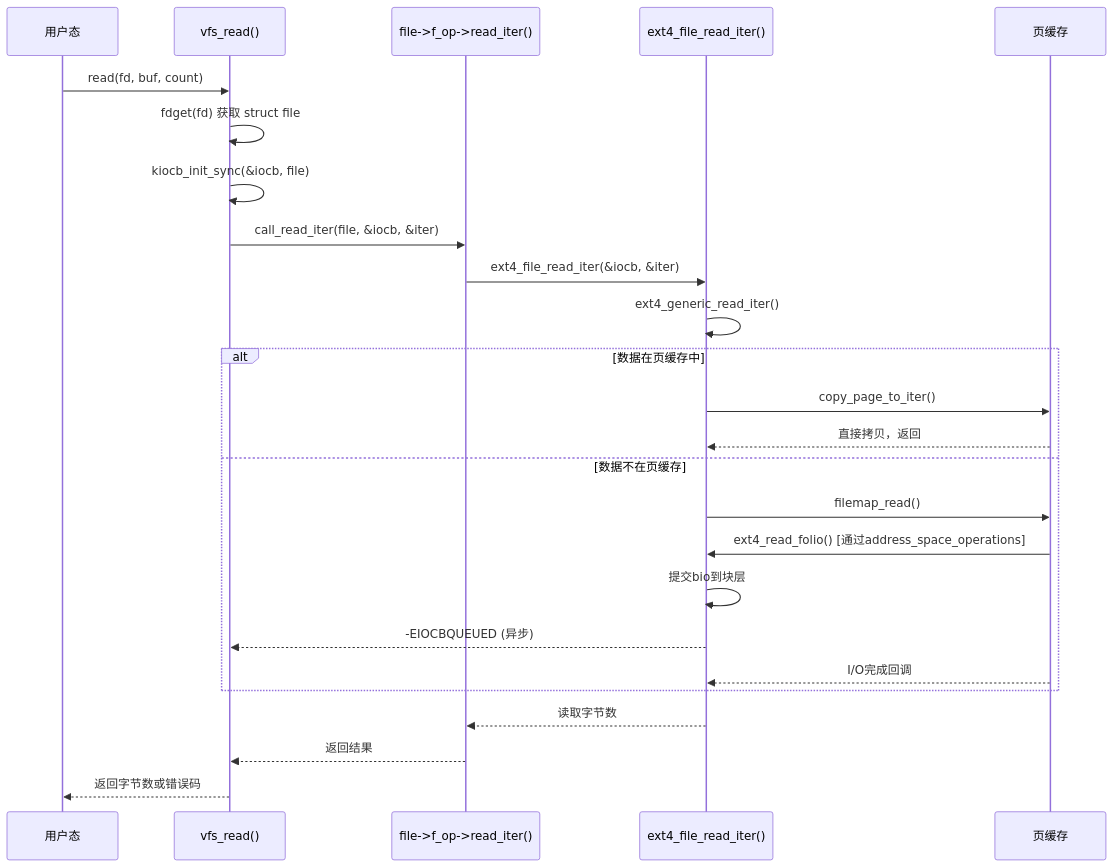
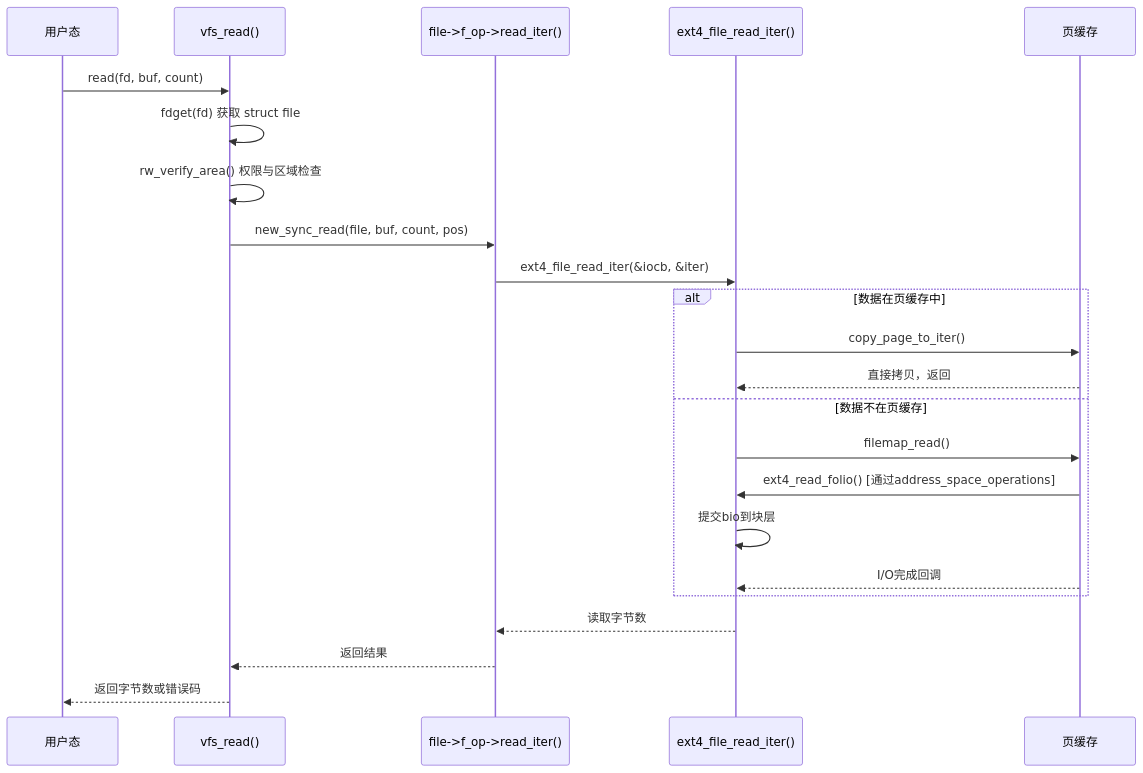
The second of 2 diagrams in docs/02-核心机制深度解析/第12章 文件系统/12.1.1_VFS概览与核心结构.md (xiaohong0925/Embedded_Knowledge_System_V2026), drawn with Mermaid before and after one commit. The commit also changed other lines of this file and 63 other files, not shown here.

````diff
--- a/docs/02-核心机制深度解析/第12章 文件系统/12.1.1_VFS概览与核心结构.md
+++ b/docs/02-核心机制深度解析/第12章 文件系统/12.1.1_VFS概览与核心结构.md
@@ -175,28 +178,26 @@
 ```mermaid
 sequenceDiagram
     participant USER as 用户态
     participant VFS as vfs_read()
     participant FILE as file->f_op->read_iter()
     participant EXT4 as ext4_file_read_iter()
     participant PAGE as 页缓存
 
     USER->>VFS: read(fd, buf, count)
     VFS->>VFS: fdget(fd) 获取 struct file
-    VFS->>VFS: kiocb_init_sync(&iocb, file)
-    VFS->>FILE: call_read_iter(file, &iocb, &iter)
+    VFS->>VFS: rw_verify_area() 权限与区域检查
+    VFS->>FILE: new_sync_read(file, buf, count, pos)
     FILE->>EXT4: ext4_file_read_iter(&iocb, &iter)
-    EXT4->>EXT4: ext4_generic_read_iter()
     alt 数据在页缓存中
         EXT4->>PAGE: copy_page_to_iter()
         PAGE-->>EXT4: 直接拷贝，返回
     else 数据不在页缓存
         EXT4->>PAGE: filemap_read()
         PAGE->>EXT4: ext4_read_folio() [通过address_space_operations]
         EXT4->>EXT4: 提交bio到块层
-        EXT4-->>VFS: -EIOCBQUEUED (异步)
         PAGE-->>EXT4: I/O完成回调
     end
     EXT4-->>FILE: 读取字节数
     FILE-->>VFS: 返回结果
     VFS-->>USER: 返回字节数或错误码
 ```
````
